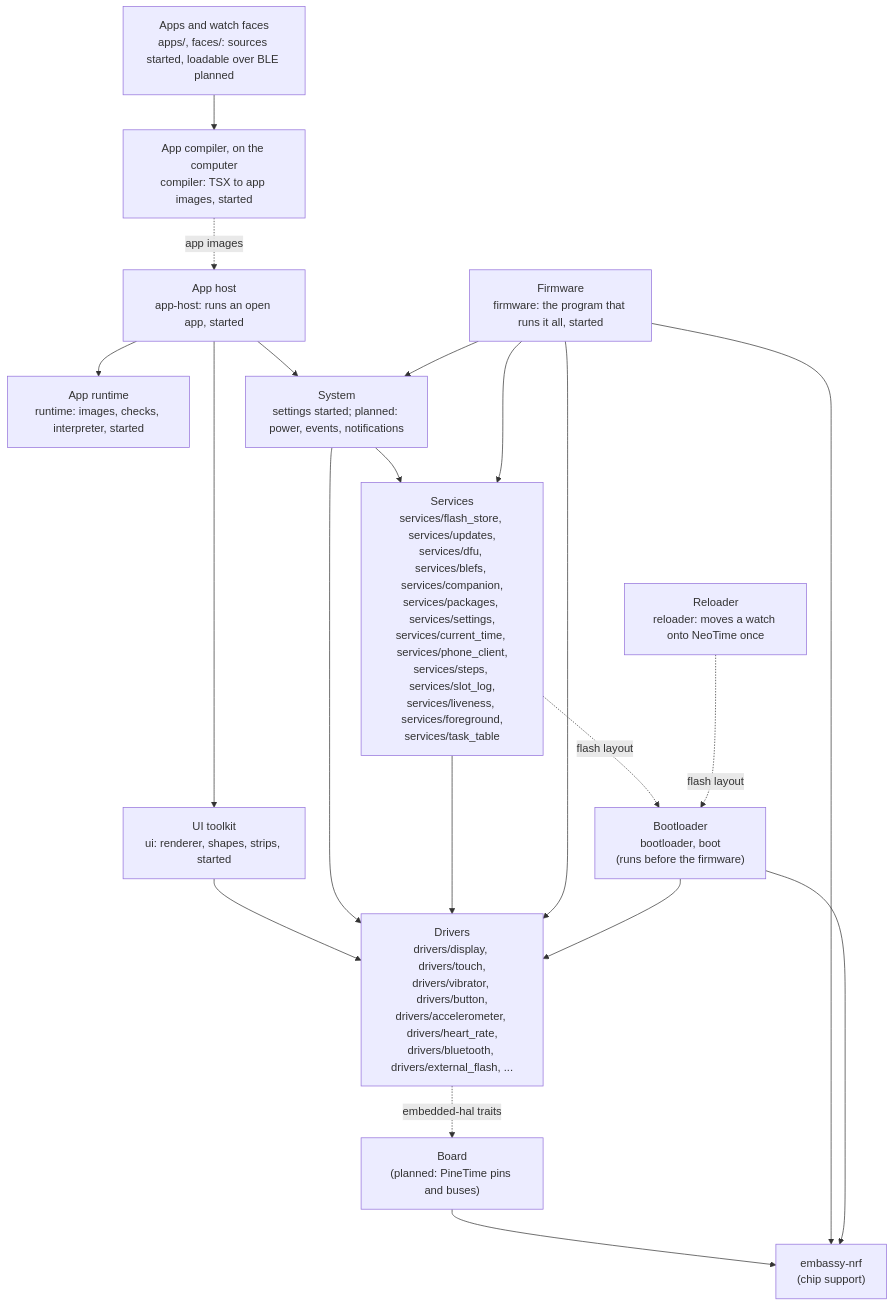
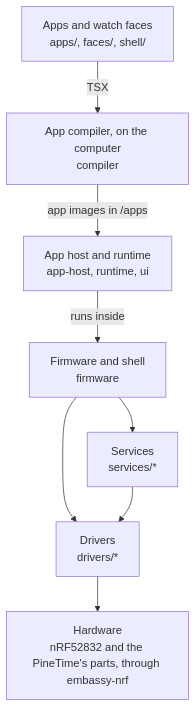
The diagram in docs/architecture.md (BeatLink/BattleTime), drawn with Mermaid before and after one commit. The commit also changed other lines of this file and 84 other files, not shown here.

````diff
--- a/docs/architecture.md
+++ b/docs/architecture.md
@@ -28,38 +47,18 @@
 ```mermaid
 flowchart TB
-    apps["Apps and watch faces<br/>apps/, faces/: sources started, loadable over BLE planned"]
-    host["App host<br/>app-host: runs an open app, started"]
-    compiler["App compiler, on the computer<br/>compiler: TSX to app images, started"]
-    runtime["App runtime<br/>runtime: images, checks, interpreter, started"]
-    ui["UI toolkit<br/>ui: renderer, shapes, strips, started"]
-    system["System<br/>settings started; planned: power, events, notifications"]
-    services["Services<br/>services/flash_store, services/updates,<br/>services/dfu, services/blefs, services/companion,<br/>services/packages, services/settings,<br/>services/current_time, services/phone_client,<br/>services/steps, services/slot_log,<br/>services/liveness, services/foreground,<br/>services/task_table"]
-    drivers["Drivers<br/>drivers/display, drivers/touch,<br/>drivers/vibrator, drivers/button,<br/>drivers/accelerometer, drivers/heart_rate,<br/>drivers/bluetooth, drivers/external_flash, ..."]
-    board["Board<br/>(planned: PineTime pins and buses)"]
-    hal["embassy-nrf<br/>(chip support)"]
+    apps["Apps and watch faces<br/>apps/, faces/, shell/"]
+    host["App host and runtime<br/>app-host, runtime, ui"]
+    firmware["Firmware and shell<br/>firmware"]
+    services["Services<br/>services/*"]
+    drivers["Drivers<br/>drivers/*"]
+    hardware["Hardware<br/>nRF52832 and the PineTime's parts, through embassy-nrf"]
+    compiler["App compiler, on the computer<br/>compiler"]
 
-    apps --> compiler
-    compiler -. app images .-> host
-    host --> runtime
-    host --> ui
-    host --> system
-    ui --> drivers
-    system --> services
-    system --> drivers
-    services --> drivers
-    drivers -. embedded-hal traits .-> board
-    board --> hal
-
-    firmware["Firmware<br/>firmware: the program that runs it all, started"]
-    firmware --> system
+    apps -- "TSX" --> compiler
+    compiler -- "app images in /apps" --> host
+    host -- "runs inside" --> firmware
     firmware --> services
     firmware --> drivers
-    firmware --> hal
-
-    bootloader["Bootloader<br/>bootloader, boot<br/>(runs before the firmware)"]
-    bootloader --> drivers
-    bootloader --> hal
-    services -. flash layout .-> bootloader
-    reloader["Reloader<br/>reloader: moves a watch onto NeoTime once"]
-    reloader -. flash layout .-> bootloader
+    services --> drivers
+    drivers --> hardware
 ```
````
